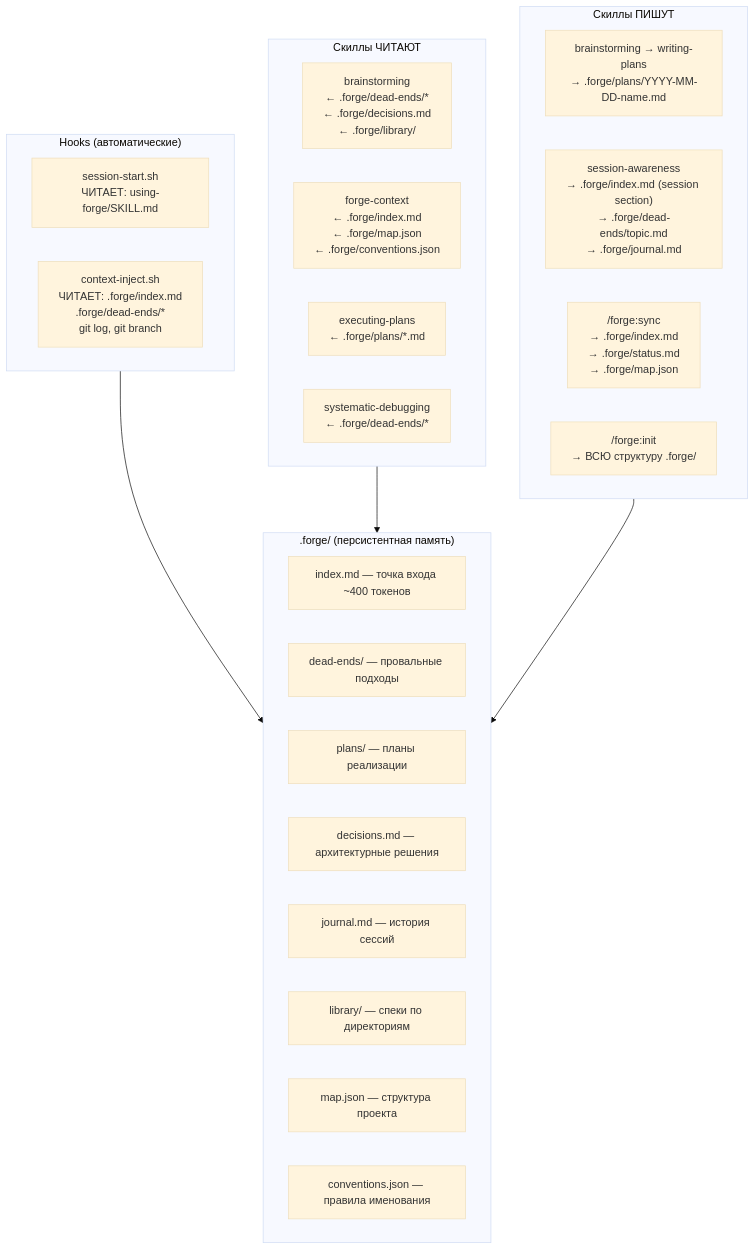
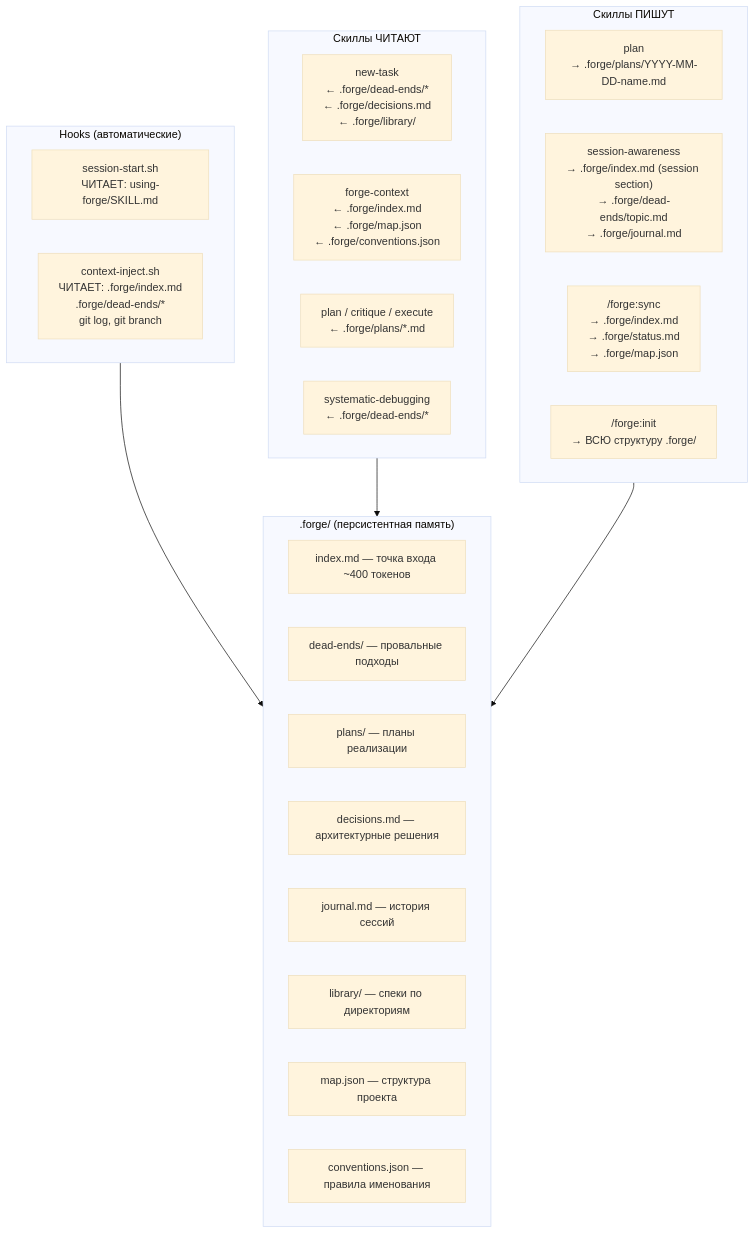
One commit to anton-ai5010/forge changed the fifth of 5 diagrams in forge-plugin/docs/forge-runtime-flow.md. Above: the diagram before and after it, drawn with Mermaid (base theme). The commit also changed other lines of this file and 47 other files, not shown here.

First line of the commit message:
feat: redesign dev pipeline as 4 phases (new-task → plan → critique → execute)

````diff
--- a/forge-plugin/docs/forge-runtime-flow.md
+++ b/forge-plugin/docs/forge-runtime-flow.md
@@ -143,36 +163,36 @@
 ```mermaid
 flowchart TB
     subgraph HOOKS["Hooks (автоматические)"]
         H1["session-start.sh<br/>ЧИТАЕТ: using-forge/SKILL.md"]
         H2["context-inject.sh<br/>ЧИТАЕТ: .forge/index.md<br/>.forge/dead-ends/*<br/>git log, git branch"]
     end
 
     subgraph SKILLS_READ["Скиллы ЧИТАЮТ"]
-        SR1["brainstorming<br/>← .forge/dead-ends/*<br/>← .forge/decisions.md<br/>← .forge/library/"]
+        SR1["new-task<br/>← .forge/dead-ends/*<br/>← .forge/decisions.md<br/>← .forge/library/"]
         SR2["forge-context<br/>← .forge/index.md<br/>← .forge/map.json<br/>← .forge/conventions.json"]
-        SR3["executing-plans<br/>← .forge/plans/*.md"]
+        SR3["plan / critique / execute<br/>← .forge/plans/*.md"]
         SR4["systematic-debugging<br/>← .forge/dead-ends/*"]
     end
 
     subgraph SKILLS_WRITE["Скиллы ПИШУТ"]
-        SW1["brainstorming → writing-plans<br/>→ .forge/plans/YYYY-MM-DD-name.md"]
+        SW1["plan<br/>→ .forge/plans/YYYY-MM-DD-name.md"]
         SW2["session-awareness<br/>→ .forge/index.md (session section)<br/>→ .forge/dead-ends/topic.md<br/>→ .forge/journal.md"]
         SW3["/forge:sync<br/>→ .forge/index.md<br/>→ .forge/status.md<br/>→ .forge/map.json"]
         SW4["/forge:init<br/>→ ВСЮ структуру .forge/"]
     end
 
     subgraph DOCS[".forge/ (персистентная память)"]
         D1["index.md — точка входа ~400 токенов"]
         D2["dead-ends/ — провальные подходы"]
         D3["plans/ — планы реализации"]
         D4["decisions.md — архитектурные решения"]
         D5["journal.md — история сессий"]
         D6["library/ — спеки по директориям"]
         D7["map.json — структура проекта"]
         D8["conventions.json — правила именования"]
     end
 
     HOOKS --> DOCS
     SKILLS_READ --> DOCS
     SKILLS_WRITE --> DOCS
 ```
````
